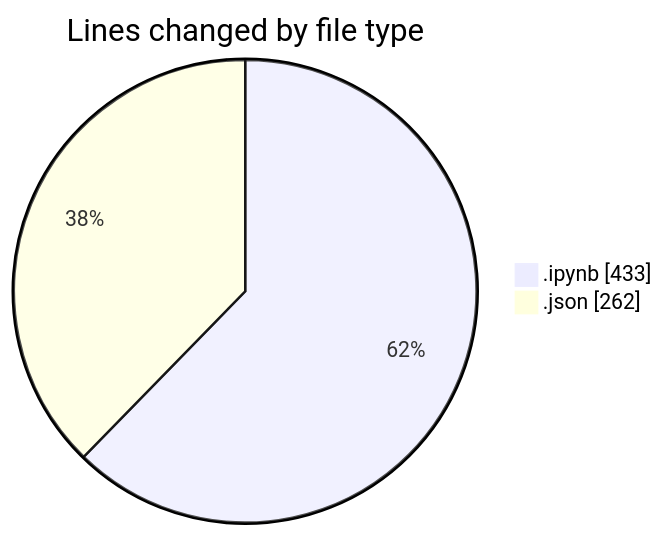
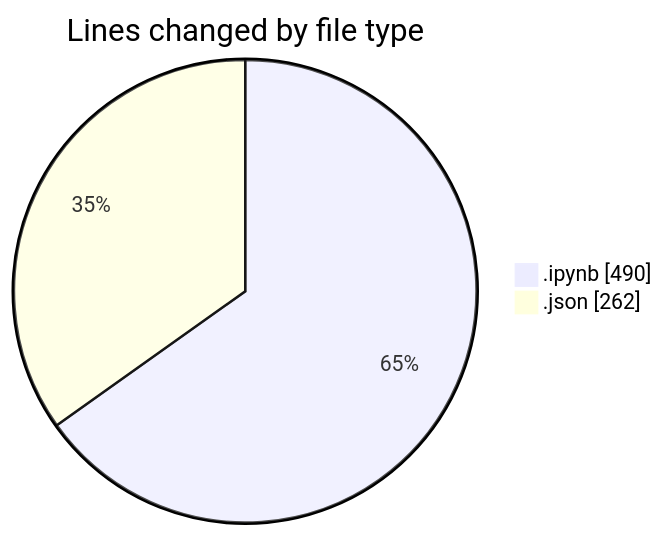
One commit to idhammustaqopulfikri/code-tracking changed the first of 2 diagrams in 2025-10-13/mencoba/README.md. Above: the diagram before and after it, drawn with Mermaid. The commit also changed other lines of this file and 1 other file, not shown here.

````diff
--- a/2025-10-13/mencoba/README.md
+++ b/2025-10-13/mencoba/README.md
@@ -21,6 +21,6 @@
 ```mermaid
 pie showData
 title Lines changed by file type
-".ipynb" : 433
+".ipynb" : 490
 ".json" : 262
 ```
````
